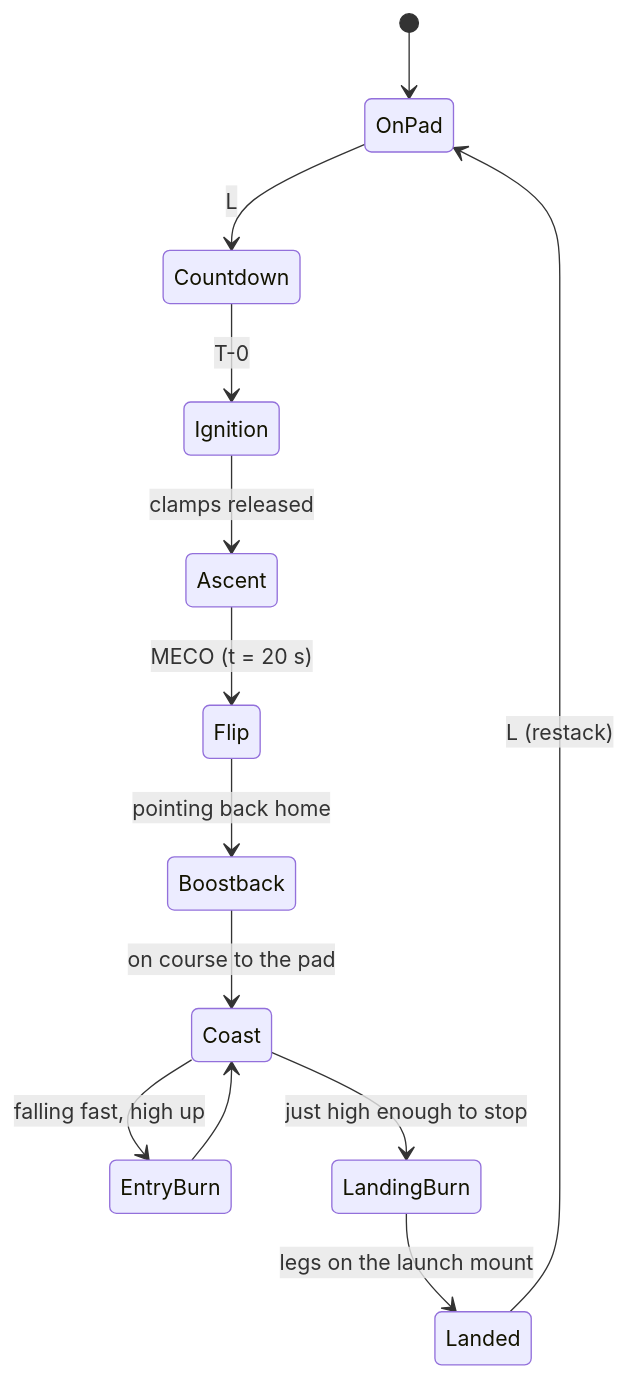
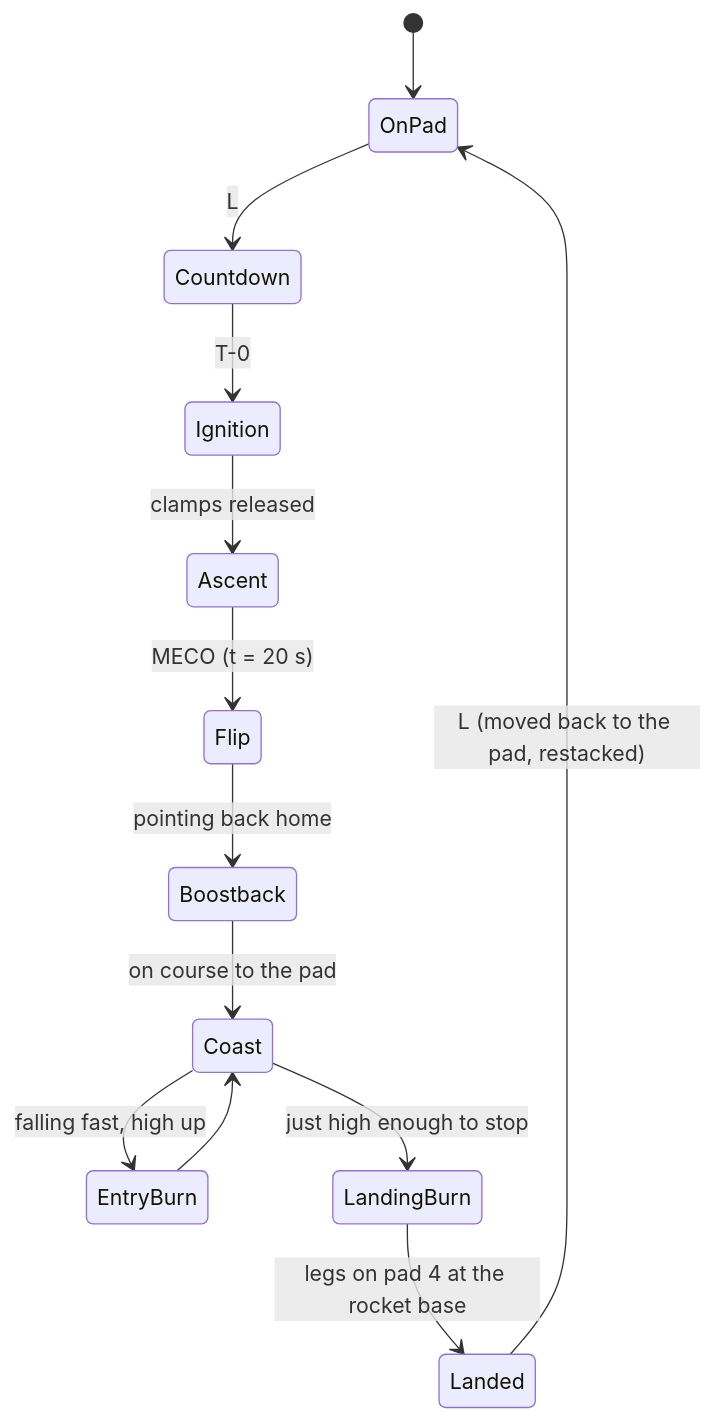
One commit to shishir-kuet/airport-atc-simulation-opengl changed the fifth of 5 diagrams in README.md. Above: the diagram before and after it, drawn with Mermaid. The commit also changed other lines of this file, not shown here.

First line of the commit message:
docs: document rocket base, cockpit controls and overhead hold

````diff
--- a/README.md
+++ b/README.md
@@ -385,15 +388,15 @@
 ```mermaid
 stateDiagram-v2
     [*] --> OnPad
     OnPad --> Countdown: L
     Countdown --> Ignition: T-0
     Ignition --> Ascent: clamps released
     Ascent --> Flip: MECO (t = 20 s)
     Flip --> Boostback: pointing back home
     Boostback --> Coast: on course to the pad
     Coast --> EntryBurn: falling fast, high up
     EntryBurn --> Coast
     Coast --> LandingBurn: just high enough to stop
-    LandingBurn --> Landed: legs on the launch mount
-    Landed --> OnPad: L (restack)
+    LandingBurn --> Landed: legs on pad 4 at the rocket base
+    Landed --> OnPad: L (moved back to the pad, restacked)
 ```
````
